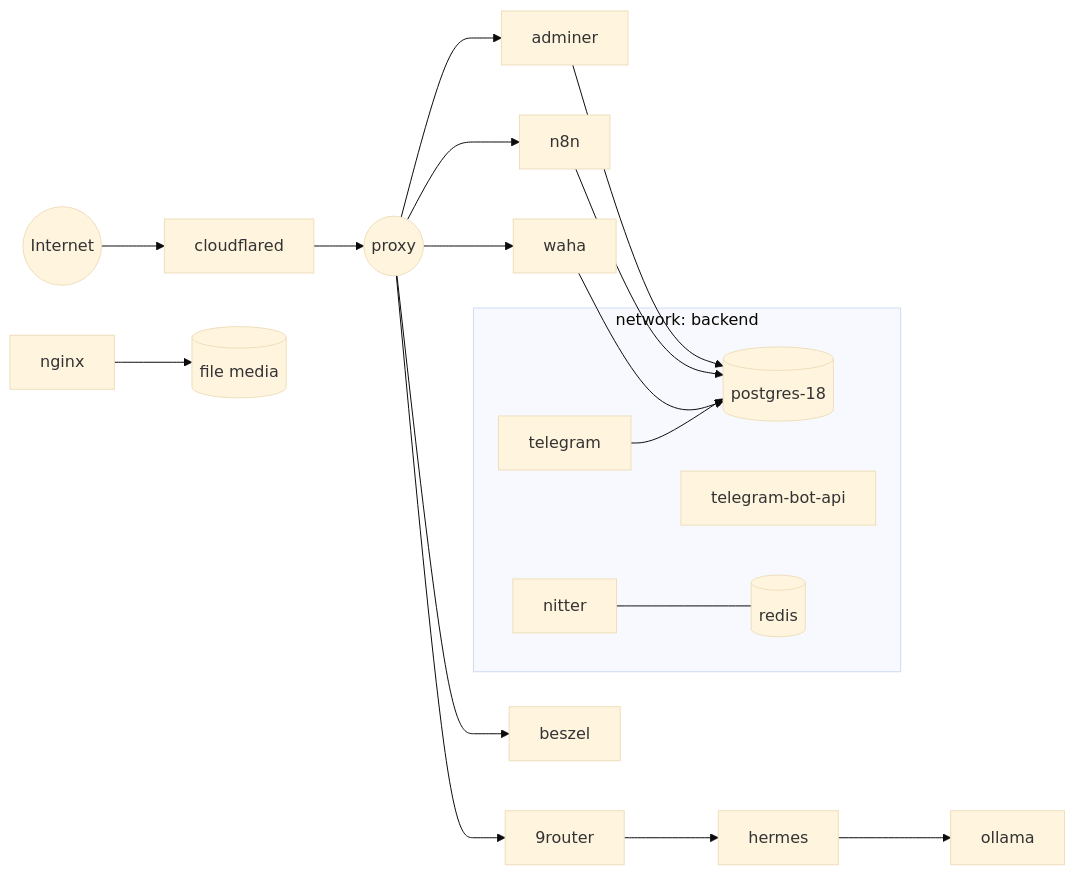
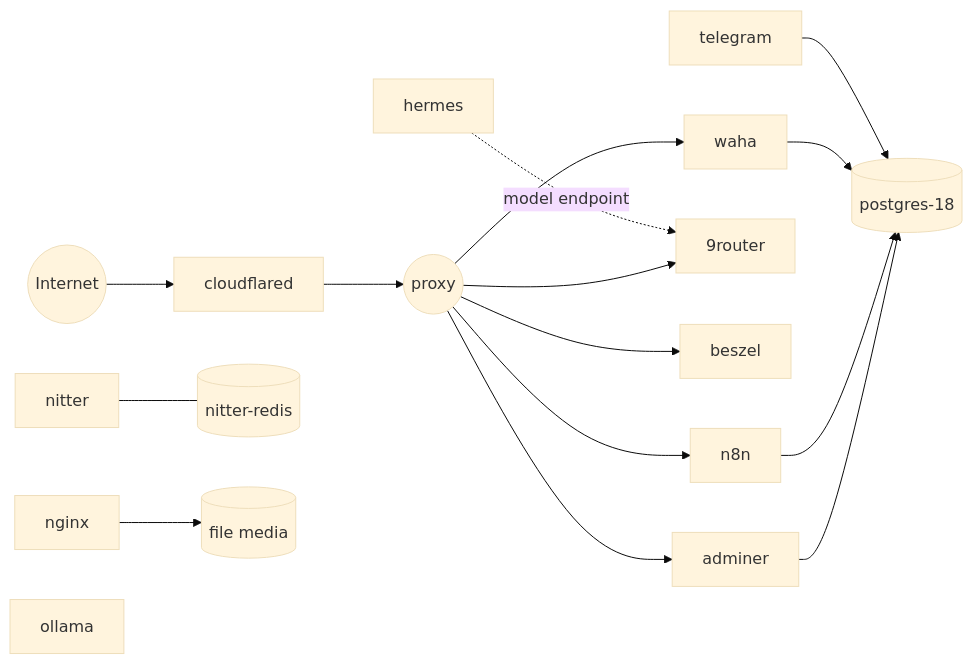
One commit to qiau/oracle-infrastructure changed the diagram in README.md. Above: the diagram before and after it, drawn with Mermaid (base theme). The commit also changed other lines of this file and 1 other file, not shown here.

````diff
--- a/README.md
+++ b/README.md
@@ -36,24 +18,19 @@
 ```mermaid
 flowchart LR
     Internet((Internet)) --> CF[cloudflared]
     CF --> proxy((proxy))
-    proxy --> n8n & waha & router["9router"] & beszel & adminer
+    proxy --> n8n
+    proxy --> waha
+    proxy --> r9["9router"]
+    proxy --> beszel
+    proxy --> adminer
 
-    subgraph data["network: backend"]
-        pg[(postgres-18)]
-        tbot[telegram]
-        tbapi[telegram-bot-api]
-        nitter[nitter]
-        redis[(redis)]
-    end
-
-    adminer --> pg
+    adminer --> pg[(postgres-18)]
     n8n --> pg
     waha --> pg
-    tbot --> pg
-    nitter --- redis
-
-    router --> hermes[hermes]
-    hermes --> ollama[ollama]
-    nginx[nginx] --> media[(file media)]
+    telegram --> pg
+    nitter --- redis[(nitter-redis)]
+    hermes -.->|model endpoint| r9
+    nginx --> media[(file media)]
+    ollama[ollama]
 ```
````
